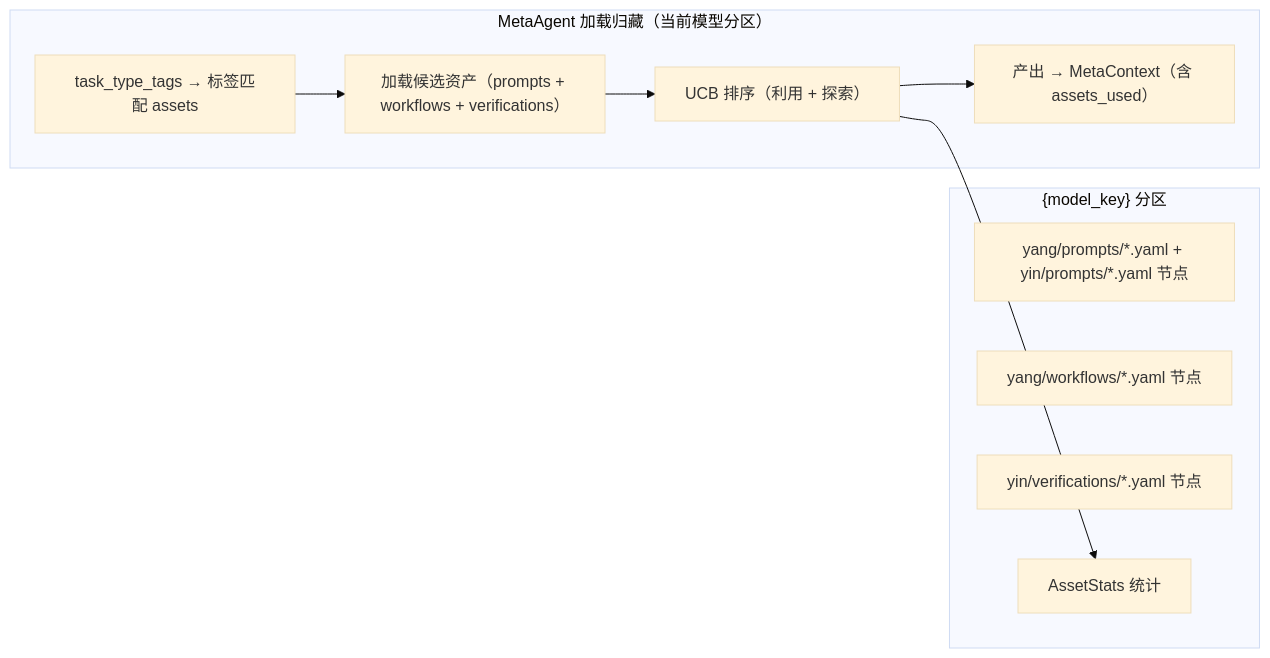
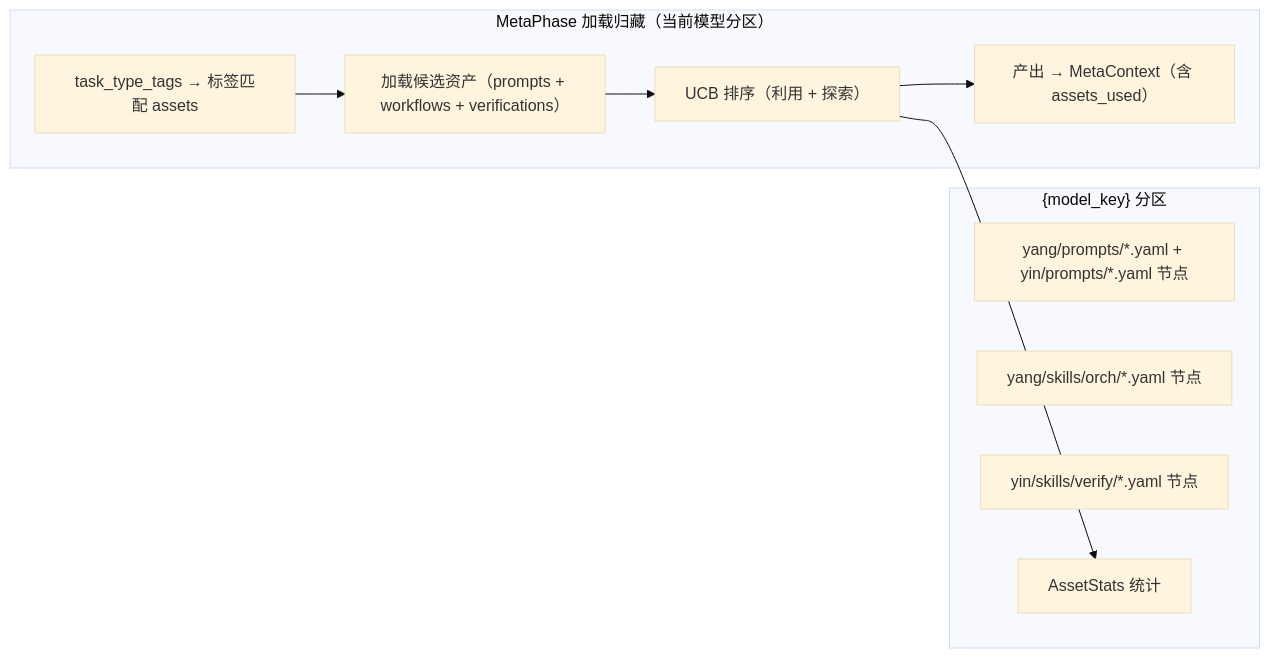
The sixth of 7 diagrams in BCP-蓝图-完型协议.md (wenge6090-tech/taiji), drawn with Mermaid (base theme) before and after one commit. The commit also changed other lines of this file and 37 other files, not shown here.

First line of the commit message:
feat: V43 归藏 Skills 子树 — SkillEngine 重命名 + converge Skill 补齐 + verifications 废弃

````diff
--- a/BCP-蓝图-完型协议.md
+++ b/BCP-蓝图-完型协议.md
@@ -1490,18 +1532,18 @@
 ```mermaid
 flowchart LR
-    subgraph "MetaAgent 加载归藏（当前模型分区）"
+    subgraph "MetaPhase 加载归藏（当前模型分区）"
         QUERY["task_type_tags → 标签匹配 assets"]
         QUERY --> LOAD["加载候选资产（prompts + workflows + verifications）"]
         LOAD --> RANK["UCB 排序（利用 + 探索）"]
         RANK --> MC["产出 → MetaContext（含 assets_used）"]
     end
 
     subgraph "{model_key} 分区"
         P1["yang/prompts/*.yaml + yin/prompts/*.yaml 节点"]
-        P2["yang/workflows/*.yaml 节点"]
-        P3["yin/verifications/*.yaml 节点"]
+        P2["yang/skills/orch/*.yaml 节点"]
+        P3["yin/skills/verify/*.yaml 节点"]
         S["AssetStats 统计"]
     end
 
     RANK --> S
 ```
````
